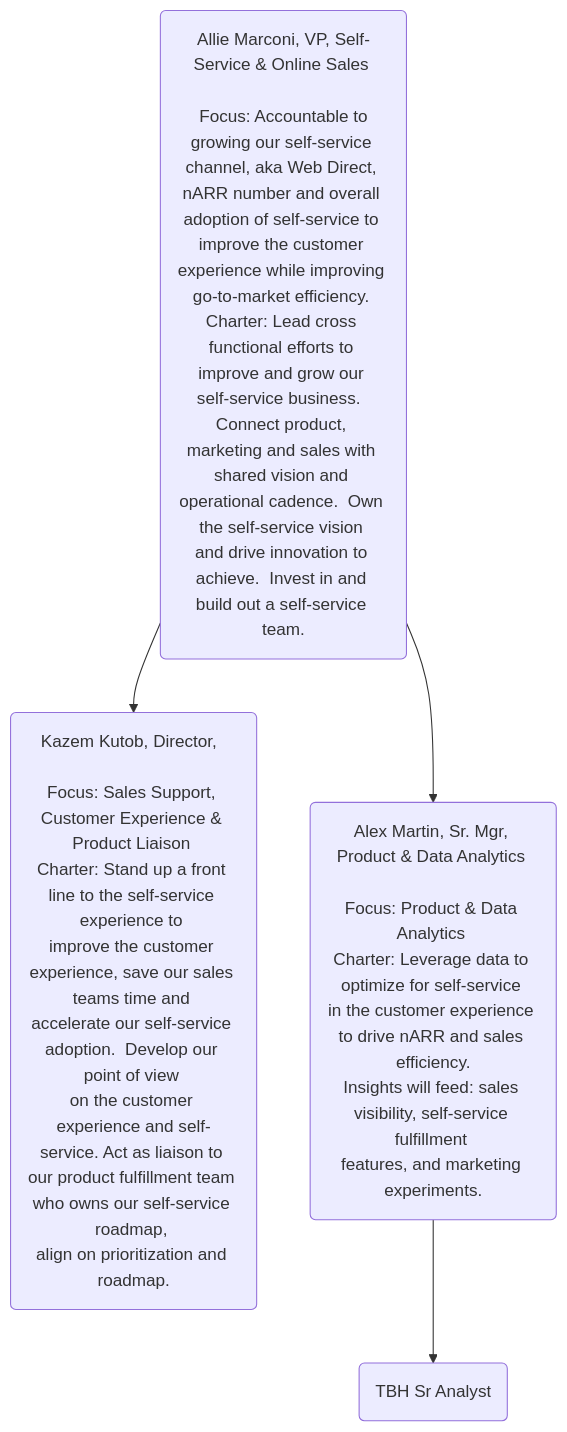
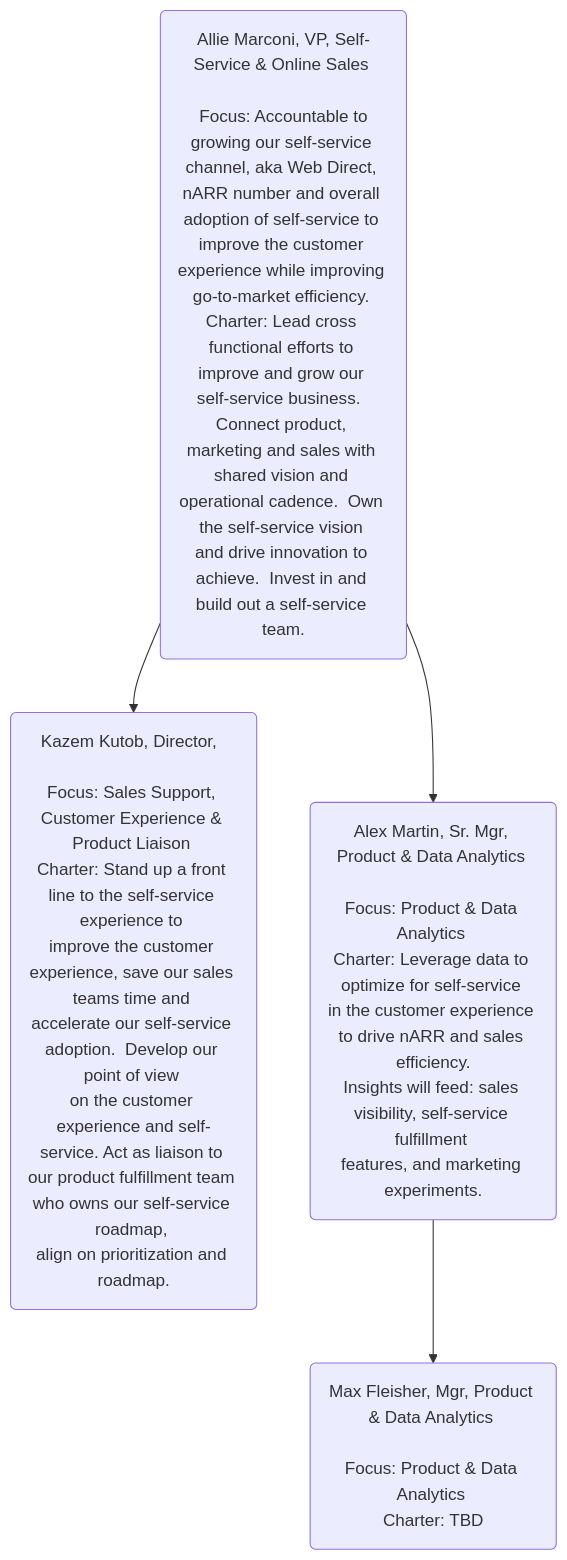
Before and after one commit to secretstartups/handbook: the diagram in sales/self-service/index.html.md, drawn with Mermaid.

````diff
--- a/sales/self-service/index.html.md
+++ b/sales/self-service/index.html.md
@@ -83,7 +83,7 @@
 ```mermaid
 graph TD
     A(Allie Marconi, VP, Self-Service & Online Sales <br>  <br> Focus: Accountable to growing our self-service channel, aka Web Direct, <br>nARR number and overall adoption of self-service to improve the customer <br>experience while improving go-to-market efficiency. <br>Charter: Lead cross functional efforts to improve and grow our <br>self-service business.  Connect product, marketing and sales with <br>shared vision and operational cadence.  Own the self-service vision <br>and drive innovation to achieve.  Invest in and build out a self-service team.) 
     A --> B(Kazem Kutob, Director,  <br>  <br>Focus: Sales Support, Customer Experience & Product Liaison <br>Charter: Stand up a front line to the self-service experience to <br>improve the customer experience, save our sales teams time and <br>accelerate our self-service adoption.  Develop our point of view <br>on the customer experience and self-service. Act as liaison to <br>our product fulfillment team who owns our self-service roadmap, <br>align on prioritization and roadmap.) 
     A --> C(Alex Martin, Sr. Mgr, Product & Data Analytics <br>  <br>Focus: Product & Data Analytics <br>Charter: Leverage data to optimize for self-service <br>in the customer experience to drive nARR and sales efficiency.<br>Insights will feed: sales visibility, self-service fulfillment <br>features, and marketing experiments.) 
-    C --> D(TBH Sr Analyst)
+    C --> D(Max Fleisher, Mgr, Product & Data Analytics <br>  <br>Focus: Product & Data Analytics <br>Charter: TBD)
 ```
````
